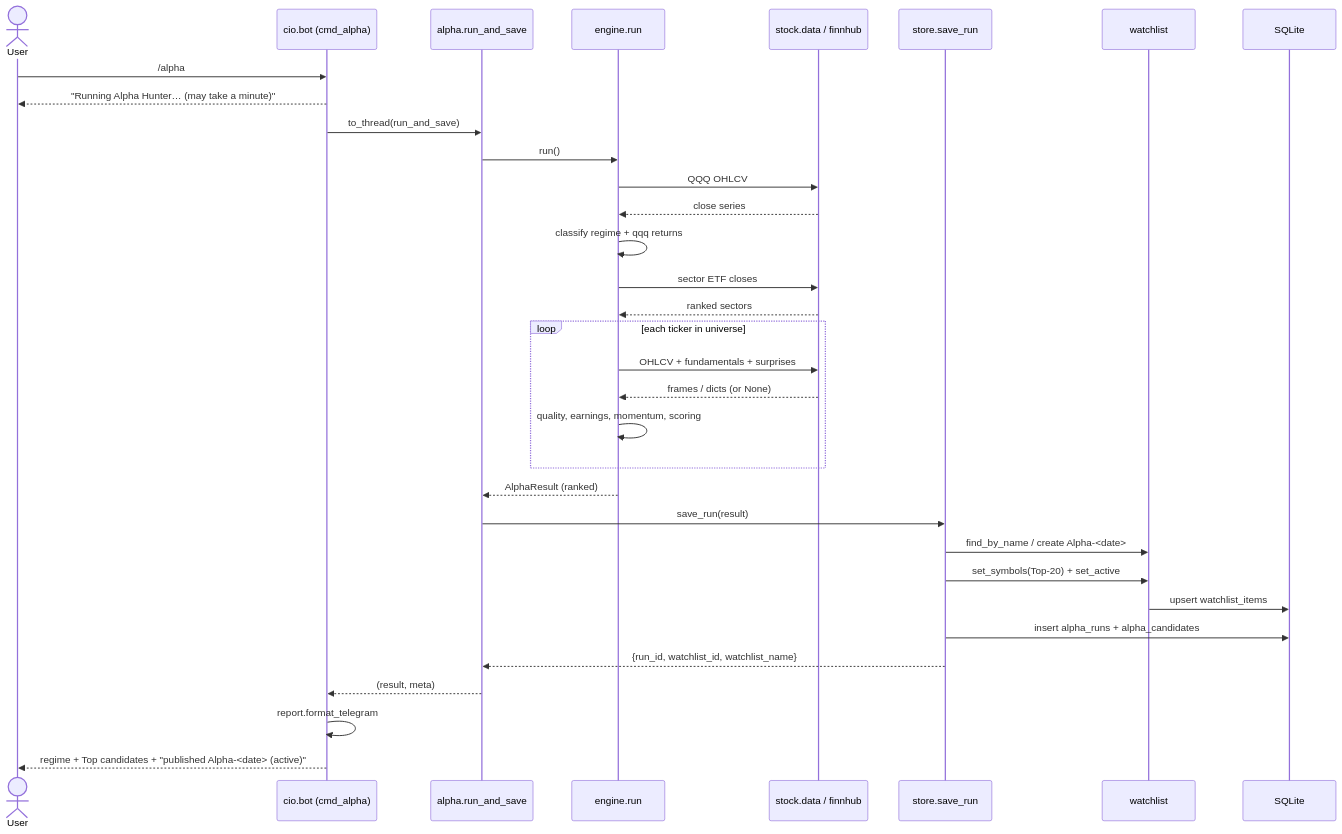
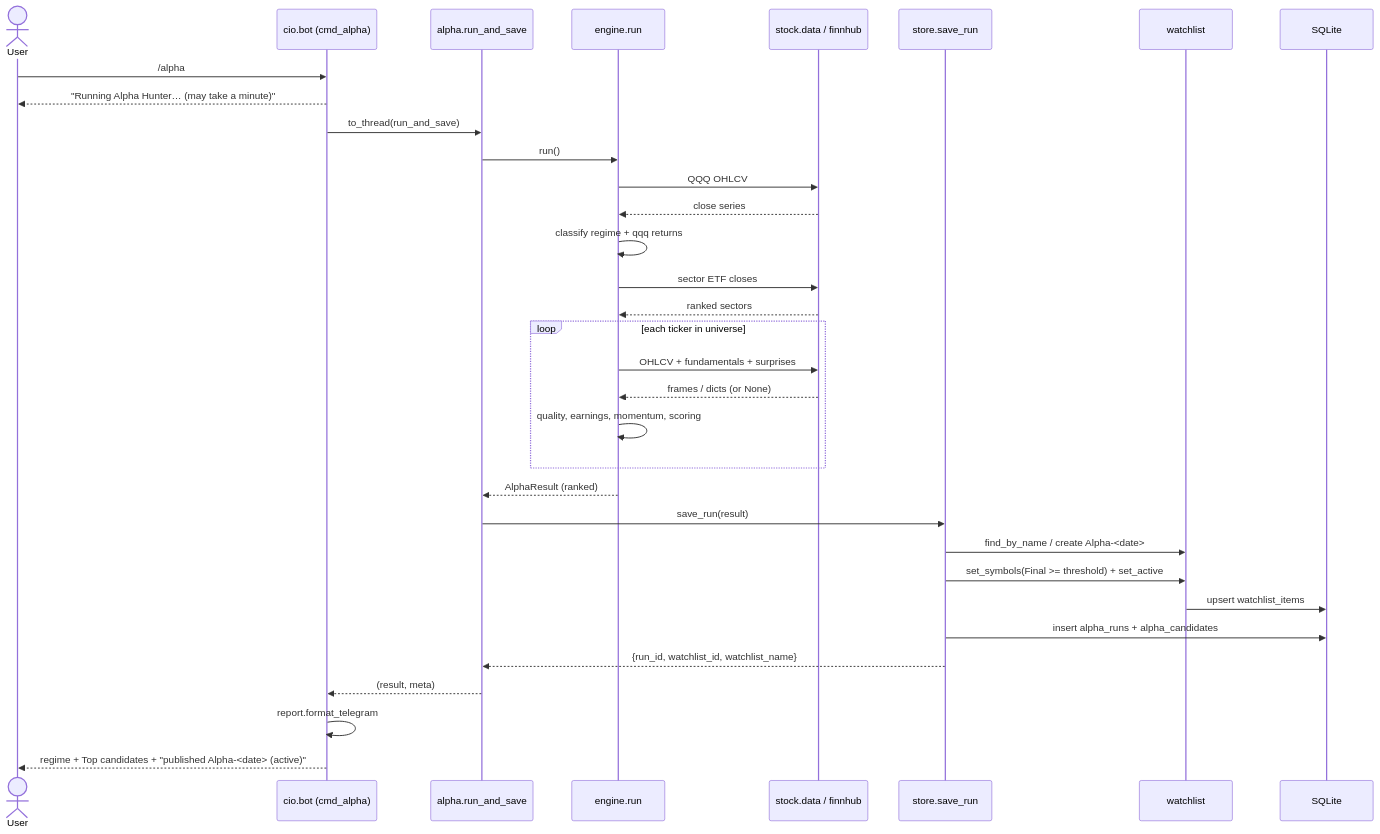
Before and after one commit to cloudaipro/CIOAgent: the first of 5 diagrams in docs/alpha-hunter/SEQUENCE-DIAGRAM.md, drawn with Mermaid. The commit also changed other lines of this file and 19 other files, not shown here.

````diff
--- a/docs/alpha-hunter/SEQUENCE-DIAGRAM.md
+++ b/docs/alpha-hunter/SEQUENCE-DIAGRAM.md
@@ -8,36 +8,36 @@
 ```mermaid
 sequenceDiagram
     actor User
     participant Bot as cio.bot (cmd_alpha)
     participant Pkg as alpha.run_and_save
     participant Eng as engine.run
     participant Data as stock.data / finnhub
     participant Store as store.save_run
     participant WL as watchlist
     participant DB as SQLite
 
     User->>Bot: /alpha
     Bot-->>User: "Running Alpha Hunter… (may take a minute)"
     Bot->>Pkg: to_thread(run_and_save)
     Pkg->>Eng: run()
     Eng->>Data: QQQ OHLCV
     Data-->>Eng: close series
     Eng->>Eng: classify regime + qqq returns
     Eng->>Data: sector ETF closes
     Data-->>Eng: ranked sectors
     loop each ticker in universe
         Eng->>Data: OHLCV + fundamentals + surprises
         Data-->>Eng: frames / dicts (or None)
         Eng->>Eng: quality, earnings, momentum, scoring
     end
     Eng-->>Pkg: AlphaResult (ranked)
     Pkg->>Store: save_run(result)
     Store->>WL: find_by_name / create Alpha-<date>
-    Store->>WL: set_symbols(Top-20) + set_active
+    Store->>WL: set_symbols(Final >= threshold) + set_active
     WL->>DB: upsert watchlist_items
     Store->>DB: insert alpha_runs + alpha_candidates
     Store-->>Pkg: {run_id, watchlist_id, watchlist_name}
     Pkg-->>Bot: (result, meta)
     Bot->>Bot: report.format_telegram
     Bot-->>User: regime + Top candidates + "published Alpha-<date> (active)"
 ```
````
